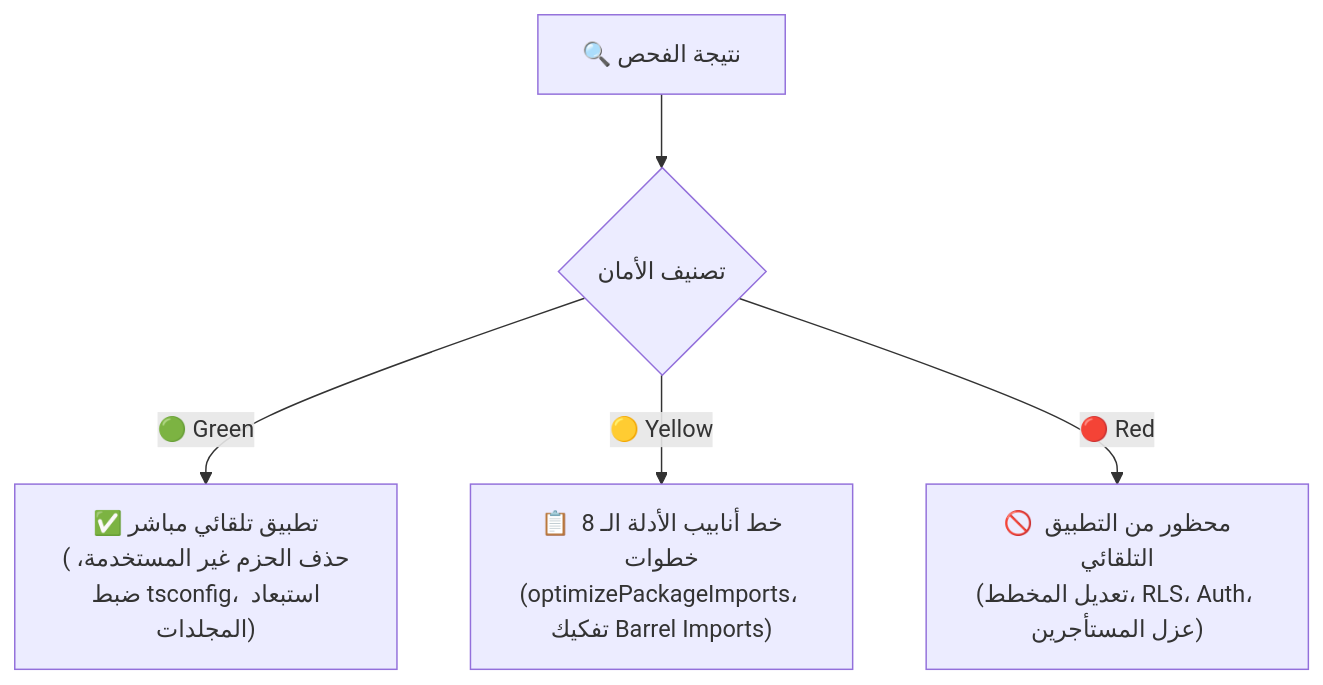
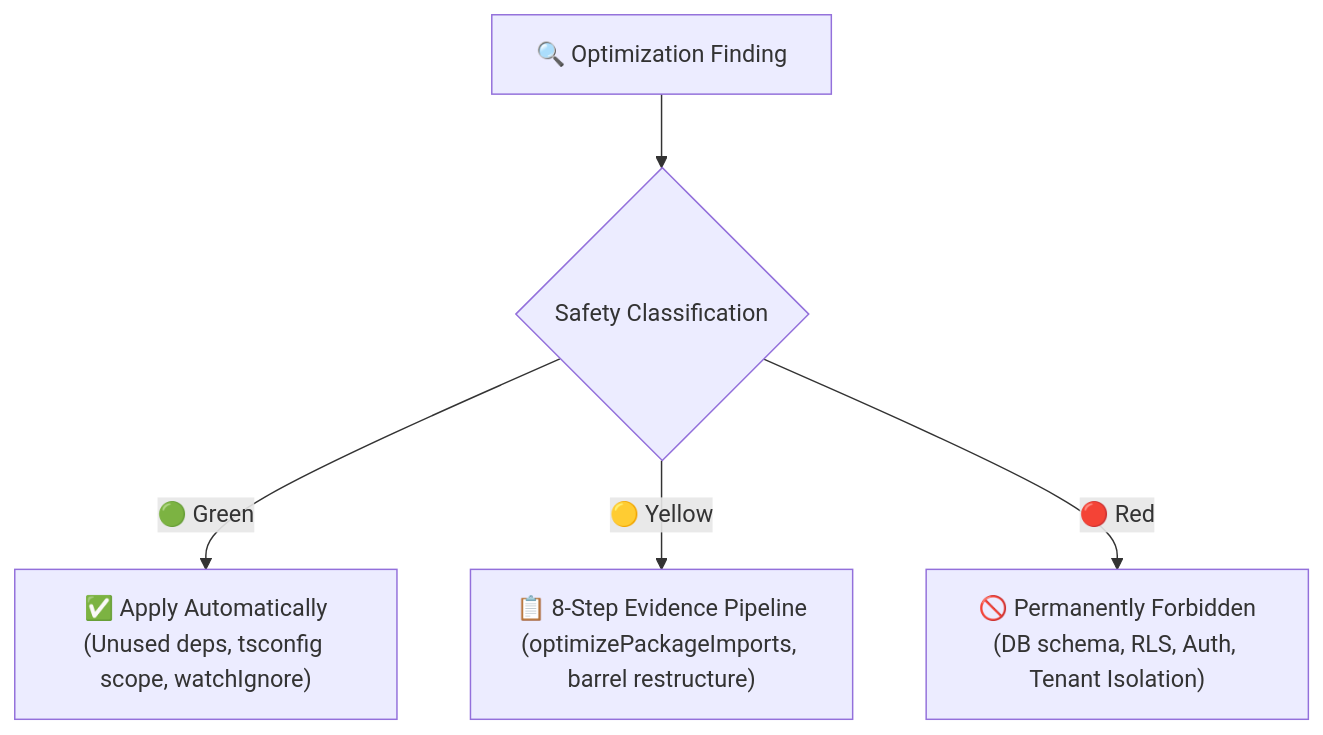
The second of 2 diagrams in README.ar.md (TidyFactor/Next), drawn with Mermaid before and after one commit. The commit also changed other lines of this file and 5 other files, not shown here.

````diff
--- a/README.ar.md
+++ b/README.ar.md
@@ -146,7 +189,7 @@
 ```mermaid
 graph TD
-    Finding["🔍 نتيجة الفحص"] --> Tier{"تصنيف الأمان"}
-    Tier -->|🟢 Green| GreenAction["✅ تطبيق تلقائي مباشر<br/>(حذف الحزم غير المستخدمة، ضبط tsconfig، استبعاد المجلدات)"]
-    Tier -->|🟡 Yellow| YellowPipeline["📋 خط أنابيب الأدلة الـ 8 خطوات<br/>(optimizePackageImports، تفكيك Barrel Imports)"]
-    Tier -->|🔴 Red| RedForbidden["🚫 محظور من التطبيق التلقائي<br/>(تعديل المخطط، RLS، Auth، عزل المستأجرين)"]
+    Finding["🔍 Optimization Finding"] --> Tier{"Safety Classification"}
+    Tier -->|🟢 Green| GreenAction["✅ Apply Automatically<br/>(Unused deps, tsconfig scope, watchIgnore)"]
+    Tier -->|🟡 Yellow| YellowPipeline["📋 8-Step Evidence Pipeline<br/>(optimizePackageImports, barrel restructure)"]
+    Tier -->|🔴 Red| RedForbidden["🚫 Permanently Forbidden<br/>(DB schema, RLS, Auth, Tenant Isolation)"]
 ```
````
